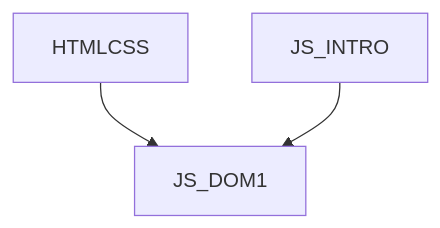
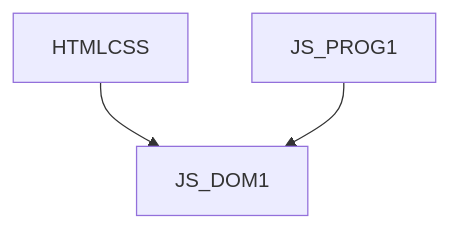
One commit to mbradic/gopas-osnovy changed the diagram in JS_DOM1 CZ.md. Above: the diagram before and after it, drawn with Mermaid. The commit also changed other lines of this file and 31 other files, not shown here.

Commit message:
Update: JS_INTRO a JS_ADV -> JS_PROG1 a JS_PROG2

````diff
--- a/JS_DOM1 CZ.md
+++ b/JS_DOM1 CZ.md
@@ -11,5 +11,5 @@
 ```mermaid
 graph TD
     HTMLCSS --> JS_DOM1
-    JS_INTRO --> JS_DOM1
+    JS_PROG1 --> JS_DOM1
 ```
````
